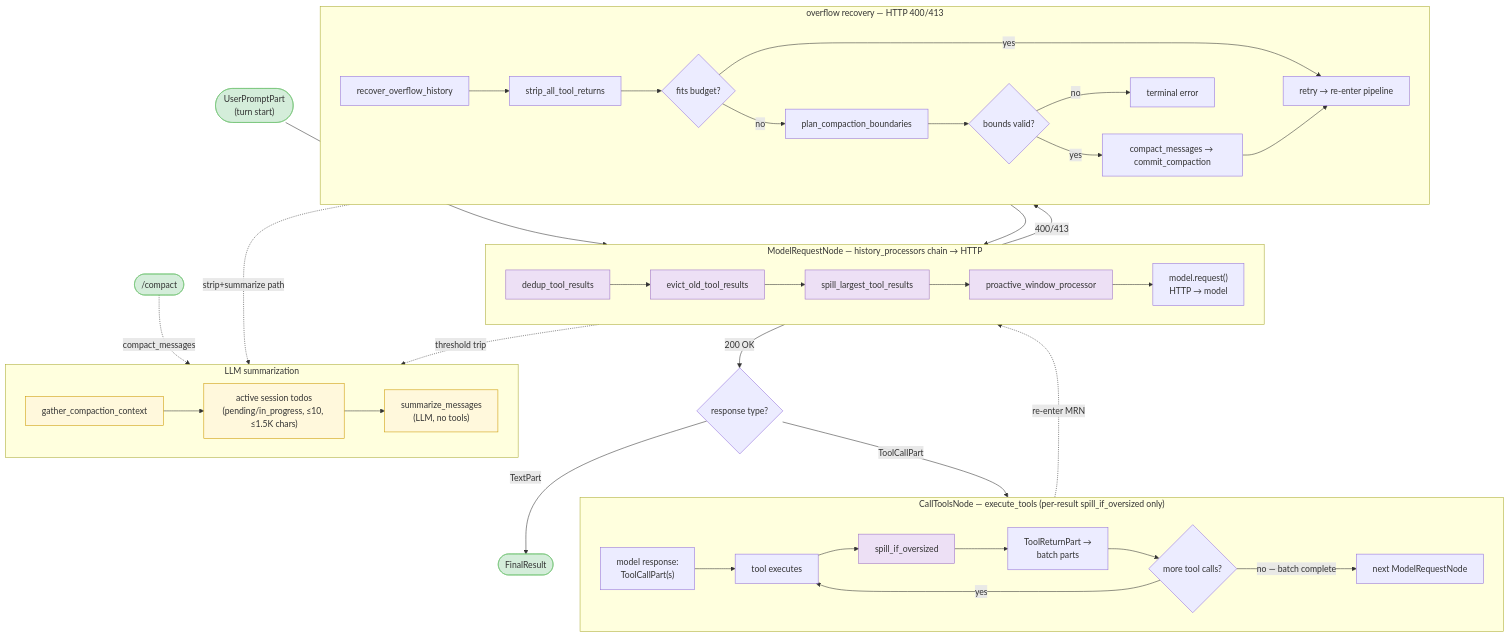
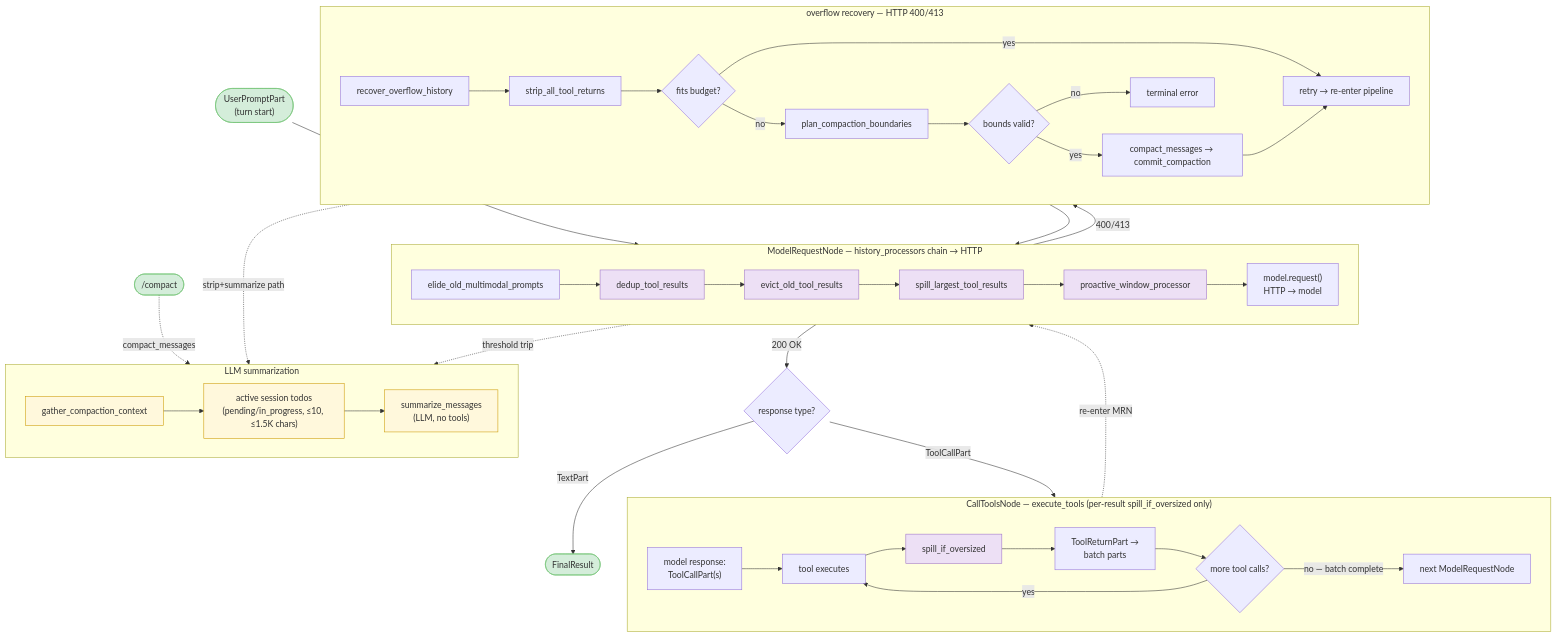
One commit to binlecode/co-cli changed the diagram in docs/specs/compaction.md. Above: the diagram before and after it, drawn with Mermaid. The commit also changed other lines of this file and 19 other files, not shown here.

````diff
--- a/docs/specs/compaction.md
+++ b/docs/specs/compaction.md
@@ -79,55 +80,55 @@
 ```mermaid
 flowchart TD
     UPN(["UserPromptPart\n(turn start)"])
     FINAL(["FinalResult"])
     RTYPE{"response type?"}
 
     subgraph MRN["ModelRequestNode — history_processors chain → HTTP"]
         direction LR
-        C0["dedup_tool_results"] --> C1["evict_old_tool_results"] --> CE["spill_largest_tool_results"] --> C2["proactive_window_processor"] --> HTTP["model.request()\nHTTP → model"]
+        CM["elide_old_multimodal_prompts"] --> C0["dedup_tool_results"] --> C1["evict_old_tool_results"] --> CE["spill_largest_tool_results"] --> C2["proactive_window_processor"] --> HTTP["model.request()\nHTTP → model"]
     end
 
     subgraph CTN["CallToolsNode — execute_tools (per-result spill_if_oversized only)"]
         direction LR
         TCALL["model response:\nToolCallPart(s)"] --> EXEC["tool executes"] --> M1["spill_if_oversized"] --> HIST["ToolReturnPart →\nbatch parts"] --> MORE{"more tool calls?"}
         MORE -->|yes| EXEC
         MORE -->|"no — batch complete"| NEXT["next ModelRequestNode"]
     end
 
     subgraph OVF["overflow recovery — HTTP 400/413"]
         direction LR
         OV1["recover_overflow_history"] --> OV2["strip_all_tool_returns"]
         OV2 --> OV3{"fits budget?"}
         OV3 -->|yes| OV4["retry → re-enter pipeline"]
         OV3 -->|no| OV5["plan_compaction_boundaries"] --> OV6{"bounds valid?"}
         OV6 -->|yes| OV7["compact_messages → commit_compaction"] --> OV4
         OV6 -->|no| OV8["terminal error"]
     end
 
     COMPACT(["/compact"])
 
     subgraph SUM["LLM summarization"]
         direction LR
         GC["gather_compaction_context"]
         GC --> GC2["active session todos\n(pending/in_progress, ≤10, ≤1.5K chars)"]
         GC2 --> SUMM["summarize_messages\n(LLM, no tools)"]
     end
 
     UPN --> C0
     HTTP -->|"200 OK"| RTYPE
     HTTP -->|"400/413"| OV1
     OV4 --> C0
     RTYPE -->|ToolCallPart| TCALL
     RTYPE -->|TextPart| FINAL
     NEXT -.->|"re-enter MRN"| C0
     C2 -.->|"threshold trip"| GC
     OV7 -.->|"strip+summarize path"| GC
     COMPACT -.->|"compact_messages"| GC
 
     classDef hook fill:#ede0f5,stroke:#9c6fc7
     classDef term fill:#d4edda,stroke:#74c476
     classDef enr fill:#fff8dc,stroke:#cc9900
     class C0,C1,CE,C2,M1 hook
     class UPN,FINAL,COMPACT term
     class GC,GC2,SUMM enr
 ```
````
